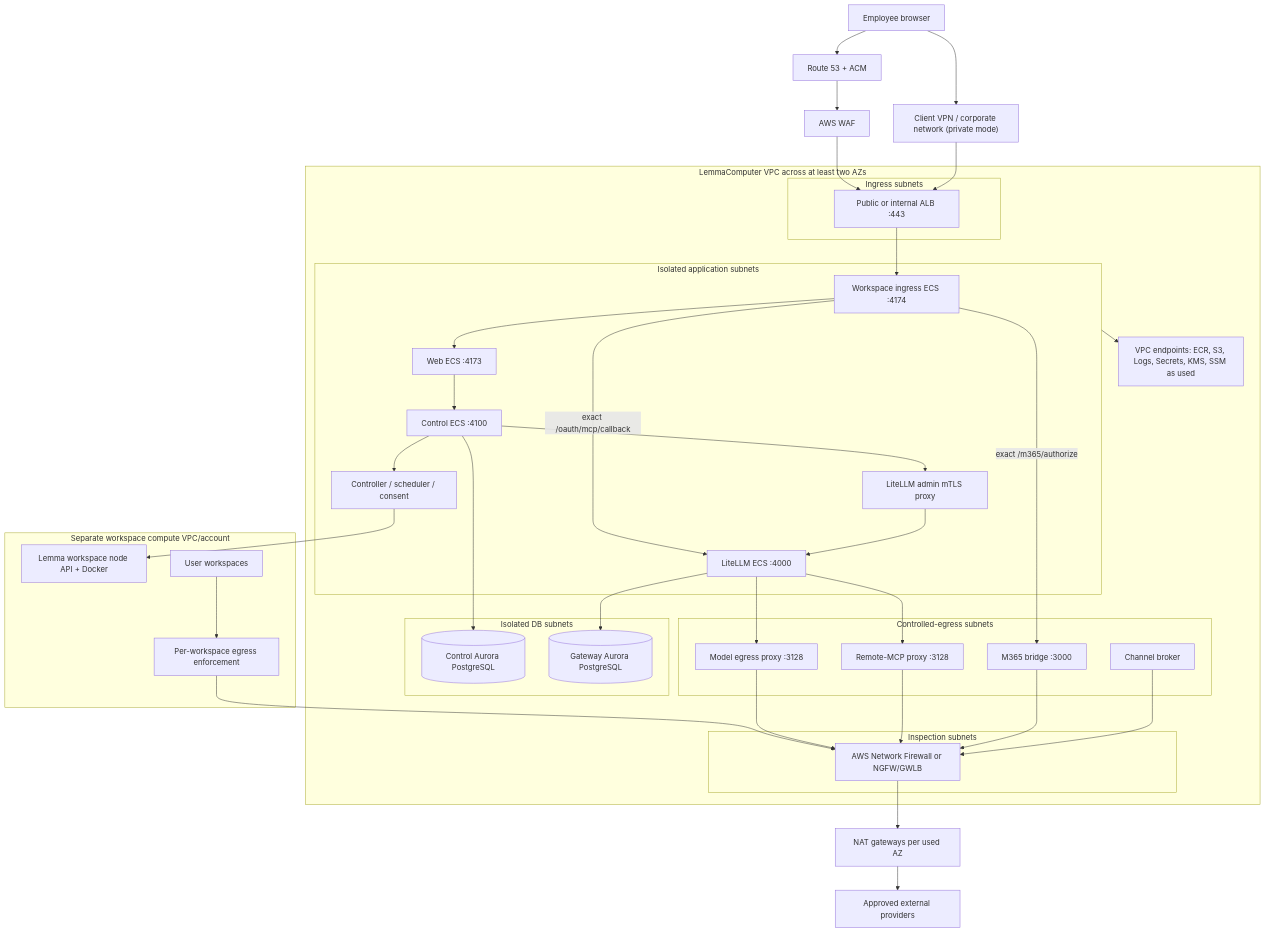
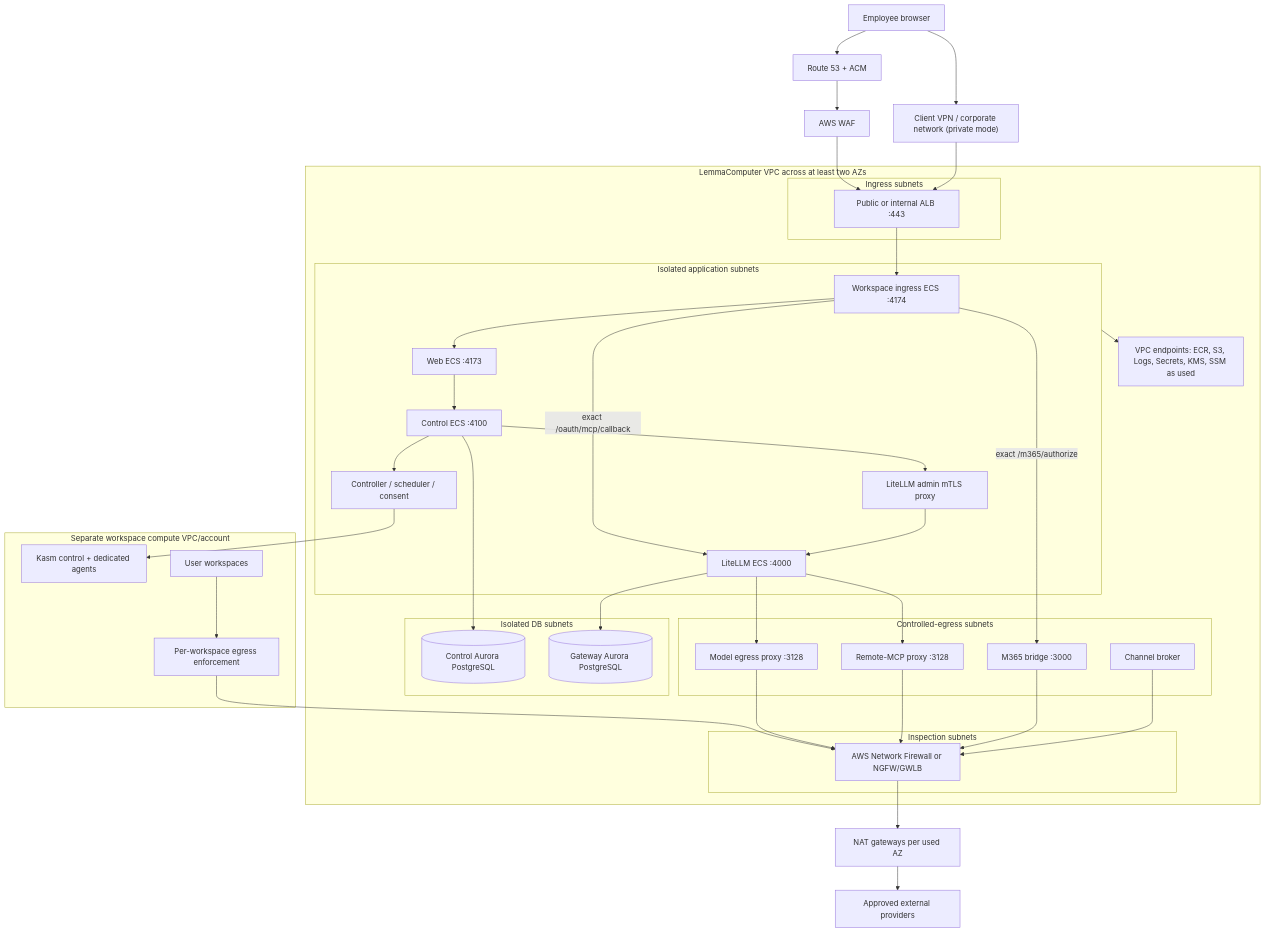
Before and after one commit to ONE-Computer/LemmaComputer: the diagram in docs/guides/deployment/aws-deployment.md, drawn with Mermaid. The commit also changed other lines of this file and 106 other files, not shown here.

````diff
--- a/docs/guides/deployment/aws-deployment.md
+++ b/docs/guides/deployment/aws-deployment.md
@@ -38,68 +39,68 @@
 ```mermaid
 flowchart TB
   User["Employee browser"]
   VPN["Client VPN / corporate network (private mode)"]
   DNS["Route 53 + ACM"]
   WAF["AWS WAF"]
   ALB["Public or internal ALB :443"]
 
   subgraph VPC["LemmaComputer VPC across at least two AZs"]
     subgraph IngressSubnets["Ingress subnets"]
       ALB
     end
 
     subgraph AppSubnets["Isolated application subnets"]
       Ingress["Workspace ingress ECS :4174"]
       Web["Web ECS :4173"]
       Control["Control ECS :4100"]
       Workers["Controller / scheduler / consent"]
       LiteLLM["LiteLLM ECS :4000"]
       AdminProxy["LiteLLM admin mTLS proxy"]
     end
 
     subgraph EgressSubnets["Controlled-egress subnets"]
       ModelProxy["Model egress proxy :3128"]
       McpProxy["Remote-MCP proxy :3128"]
       M365["M365 bridge :3000"]
       Channel["Channel broker"]
     end
 
     subgraph DbSubnets["Isolated DB subnets"]
       ControlDB[("Control Aurora PostgreSQL")]
       GatewayDB[("Gateway Aurora PostgreSQL")]
     end
 
     subgraph InspectionSubnets["Inspection subnets"]
       Firewall["AWS Network Firewall or NGFW/GWLB"]
     end
 
     Endpoints["VPC endpoints: ECR, S3, Logs, Secrets, KMS, SSM as used"]
   end
 
   subgraph WorkspaceBoundary["Separate workspace compute VPC/account"]
-    Kasm["Lemma workspace node API + Docker"]
+    Kasm["Kasm control + dedicated agents"]
     WorkspaceProxy["Per-workspace egress enforcement"]
     Sandboxes["User workspaces"]
   end
 
   NAT["NAT gateways per used AZ"]
   Internet["Approved external providers"]
 
   User --> DNS --> WAF --> ALB --> Ingress
   User --> VPN --> ALB
   Ingress --> Web --> Control
   Ingress -->|"exact /oauth/mcp/callback"| LiteLLM
   Ingress -->|"exact /m365/authorize"| M365
   Control --> ControlDB
   LiteLLM --> GatewayDB
   Control --> AdminProxy --> LiteLLM
   Control --> Workers
   Workers --> Kasm
   Sandboxes --> WorkspaceProxy --> Firewall
   LiteLLM --> ModelProxy --> Firewall
   LiteLLM --> McpProxy --> Firewall
   M365 --> Firewall
   Channel --> Firewall
   Firewall --> NAT --> Internet
   AppSubnets --> Endpoints
 ```
````
